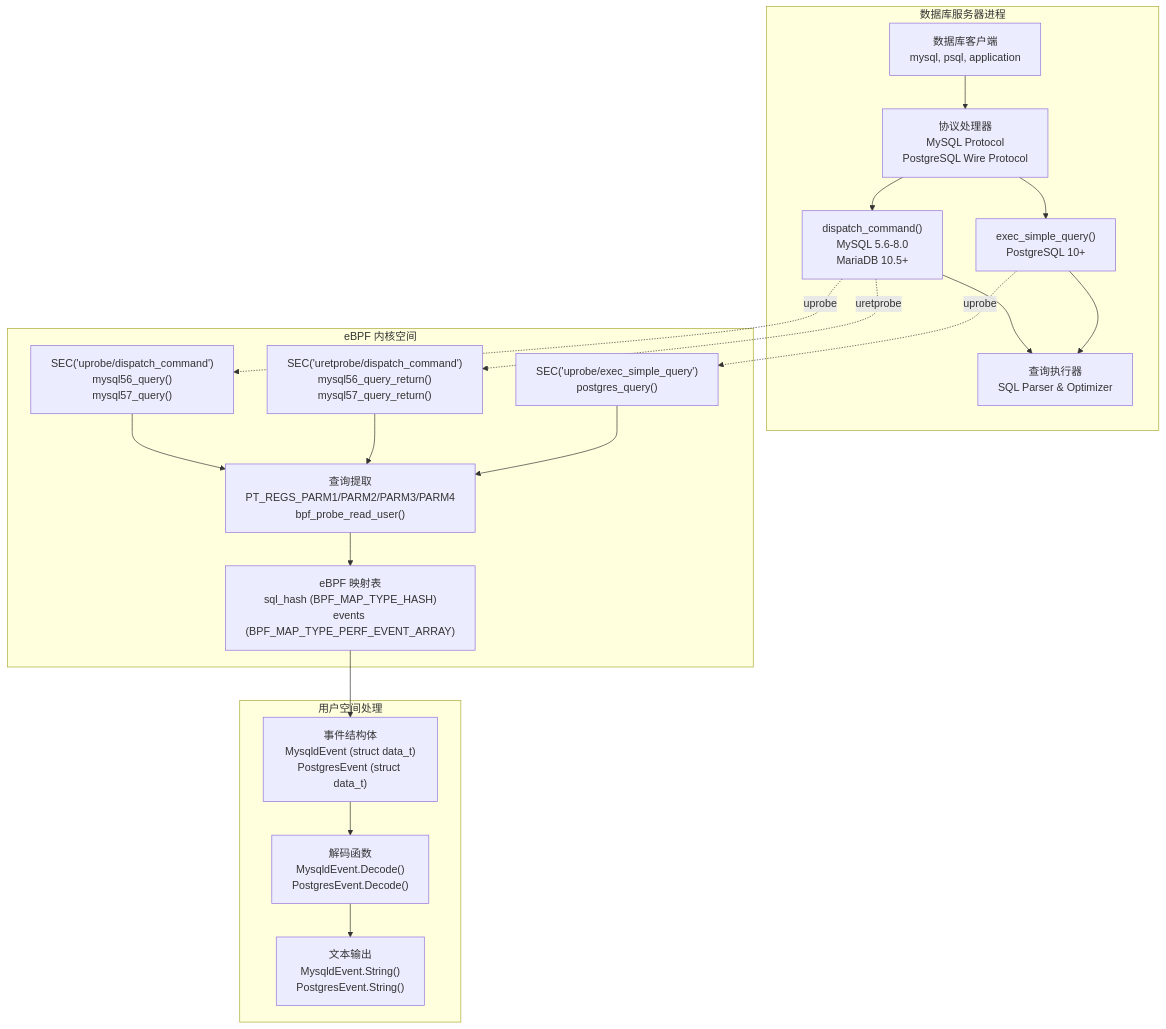
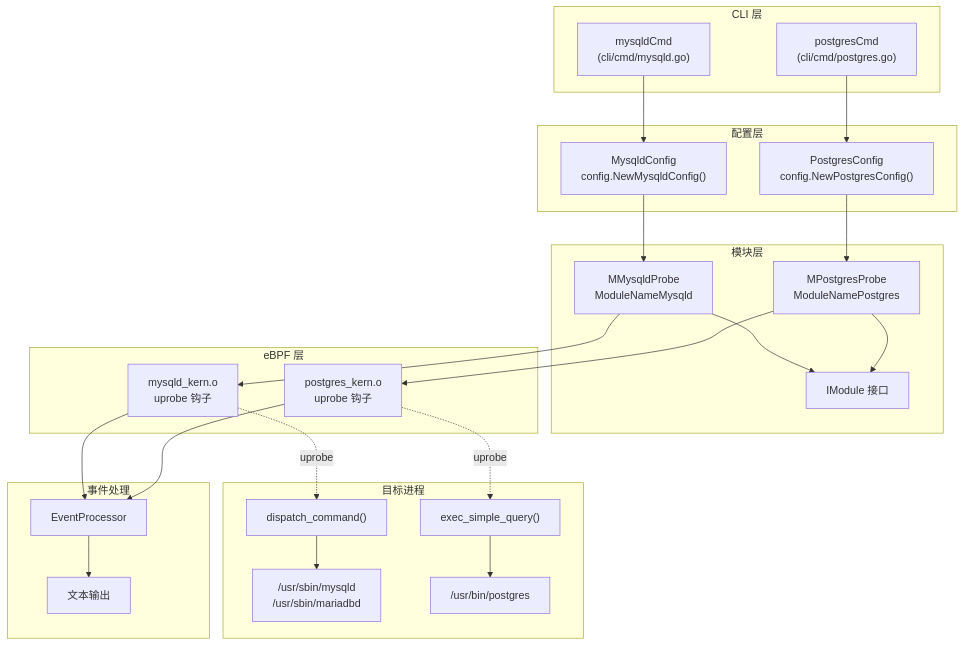
The first of 4 diagrams in src/zh/3-capture-modules/3.2.2-database-query-auditing.md (gojue/ecapture.cc), drawn with Mermaid before and after one commit. The commit also changed other lines of this file and 115 other files, not shown here.

````diff
--- a/src/zh/3-capture-modules/3.2.2-database-query-auditing.md
+++ b/src/zh/3-capture-modules/3.2.2-database-query-auditing.md
@@ -17,43 +32,58 @@
 ```mermaid
 graph TB
-    subgraph DatabaseProcess["数据库服务器进程"]
-        Client["数据库客户端<br/>mysql, psql, application"]
-        Protocol["协议处理器<br/>MySQL Protocol<br/>PostgreSQL Wire Protocol"]
-        DispatchMySQL["dispatch_command()<br/>MySQL 5.6-8.0<br/>MariaDB 10.5+"]
-        DispatchPG["exec_simple_query()<br/>PostgreSQL 10+"]
-        Executor["查询执行器<br/>SQL Parser & Optimizer"]
+    subgraph "CLI 层"
+        MYSQLD_CMD["mysqldCmd<br/>(cli/cmd/mysqld.go)"]
+        POSTGRES_CMD["postgresCmd<br/>(cli/cmd/postgres.go)"]
     end
     
-    subgraph eBPFKernel["eBPF 内核空间"]
-        UprobeMySQL["SEC('uprobe/dispatch_command')<br/>mysql56_query()<br/>mysql57_query()"]
-        UprobeMySQL2["SEC('uretprobe/dispatch_command')<br/>mysql56_query_return()<br/>mysql57_query_return()"]
-        UprobePG["SEC('uprobe/exec_simple_query')<br/>postgres_query()"]
-        ExtractQuery["查询提取<br/>PT_REGS_PARM1/PARM2/PARM3/PARM4<br/>bpf_probe_read_user()"]
-        EventMaps["eBPF 映射表<br/>sql_hash (BPF_MAP_TYPE_HASH)<br/>events (BPF_MAP_TYPE_PERF_EVENT_ARRAY)"]
+    subgraph "配置层"
+        MYSQLD_CFG["MysqldConfig<br/>config.NewMysqldConfig()"]
+        POSTGRES_CFG["PostgresConfig<br/>config.NewPostgresConfig()"]
     end
     
-    subgraph UserSpace["用户空间处理"]
-        EventStruct["事件结构体<br/>MysqldEvent (struct data_t)<br/>PostgresEvent (struct data_t)"]
-        DecodeFunc["解码函数<br/>MysqldEvent.Decode()<br/>PostgresEvent.Decode()"]
-        Display["文本输出<br/>MysqldEvent.String()<br/>PostgresEvent.String()"]
+    subgraph "模块层"
+        MYSQLD_MOD["MMysqldProbe<br/>ModuleNameMysqld"]
+        POSTGRES_MOD["MPostgresProbe<br/>ModuleNamePostgres"]
+        IMODULE["IModule 接口"]
     end
     
-    Client --> Protocol
-    Protocol --> DispatchMySQL
-    Protocol --> DispatchPG
-    DispatchMySQL --> Executor
-    DispatchPG --> Executor
+    subgraph "eBPF 层"
+        MYSQLD_BPF["mysqld_kern.o<br/>uprobe 钩子"]
+        POSTGRES_BPF["postgres_kern.o<br/>uprobe 钩子"]
+    end
     
-    DispatchMySQL -.uprobe.-> UprobeMySQL
-    DispatchMySQL -.uretprobe.-> UprobeMySQL2
-    DispatchPG -.uprobe.-> UprobePG
+    subgraph "目标进程"
+        MYSQLD_BIN["/usr/sbin/mysqld<br/>/usr/sbin/mariadbd"]
+        POSTGRES_BIN["/usr/bin/postgres"]
+        DISPATCH["dispatch_command()"]
+        EXEC_QUERY["exec_simple_query()"]
+    end
     
-    UprobeMySQL --> ExtractQuery
-    UprobeMySQL2 --> ExtractQuery
-    UprobePG --> ExtractQuery
+    subgraph "事件处理"
+        EVENT_PROC["EventProcessor"]
+        OUTPUT["文本输出"]
+    end
     
-    ExtractQuery --> EventMaps
-    EventMaps --> EventStruct
-    EventStruct --> DecodeFunc
-    DecodeFunc --> Display
+    MYSQLD_CMD --> MYSQLD_CFG
+    POSTGRES_CMD --> POSTGRES_CFG
+    
+    MYSQLD_CFG --> MYSQLD_MOD
+    POSTGRES_CFG --> POSTGRES_MOD
+    
+    MYSQLD_MOD --> IMODULE
+    POSTGRES_MOD --> IMODULE
+    
+    MYSQLD_MOD --> MYSQLD_BPF
+    POSTGRES_MOD --> POSTGRES_BPF
+    
+    MYSQLD_BPF -.uprobe.-> DISPATCH
+    POSTGRES_BPF -.uprobe.-> EXEC_QUERY
+    
+    DISPATCH --> MYSQLD_BIN
+    EXEC_QUERY --> POSTGRES_BIN
+    
+    MYSQLD_BPF --> EVENT_PROC
+    POSTGRES_BPF --> EVENT_PROC
+    
+    EVENT_PROC --> OUTPUT
 ```
````
